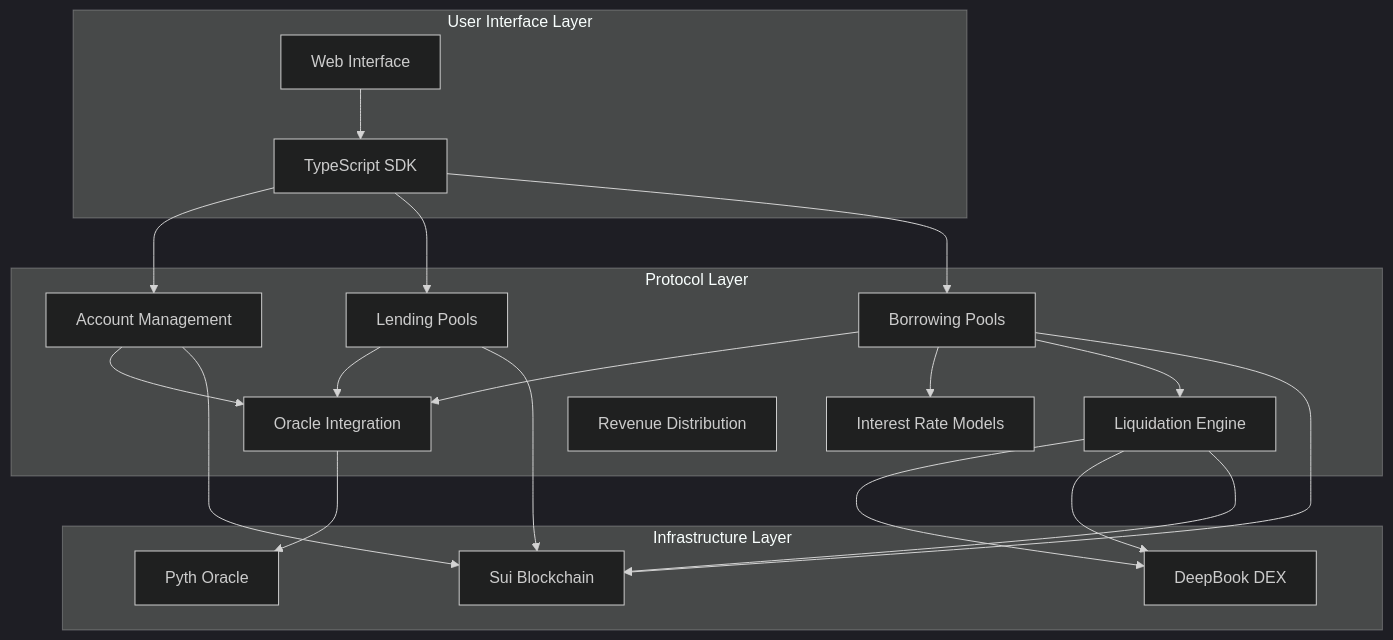
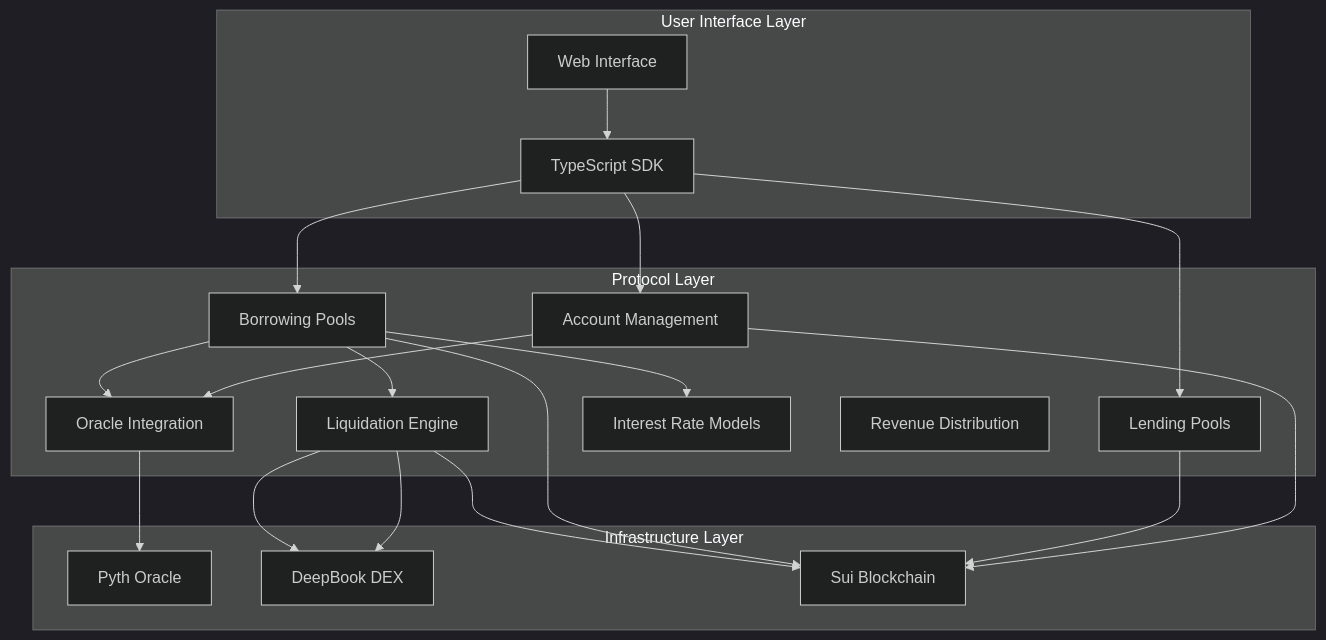
One commit to OlendLabs/sui-olend-contracts changed the first of 2 diagrams in .kiro/specs/olend-mvp/design.md. Above: the diagram before and after it, drawn with Mermaid (dark theme). The commit also changed other lines of this file, not shown here.

````diff
--- a/.kiro/specs/olend-mvp/design.md
+++ b/.kiro/specs/olend-mvp/design.md
@@ -11,43 +11,42 @@
 ```mermaid
 graph TB
     subgraph "User Interface Layer"
         UI[Web Interface]
         SDK[TypeScript SDK]
     end
     
     subgraph "Protocol Layer"
         AC[Account Management]
         OR[Oracle Integration]
         LD[Lending Pools]
         BR[Borrowing Pools]
         LQ[Liquidation Engine]
         IR[Interest Rate Models]
         RV[Revenue Distribution]
     end
     
     subgraph "Infrastructure Layer"
         PY[Pyth Oracle]
         DB[DeepBook DEX]
         SUI[Sui Blockchain]
     end
     
     UI --> SDK
     SDK --> AC
     SDK --> LD
     SDK --> BR
     
     AC --> OR
-    LD --> OR
     BR --> OR
     BR --> IR
     BR --> LQ
     LQ --> DB
     
     OR --> PY
     LQ --> DB
     
     AC --> SUI
     LD --> SUI
     BR --> SUI
     LQ --> SUI
 ```
````
